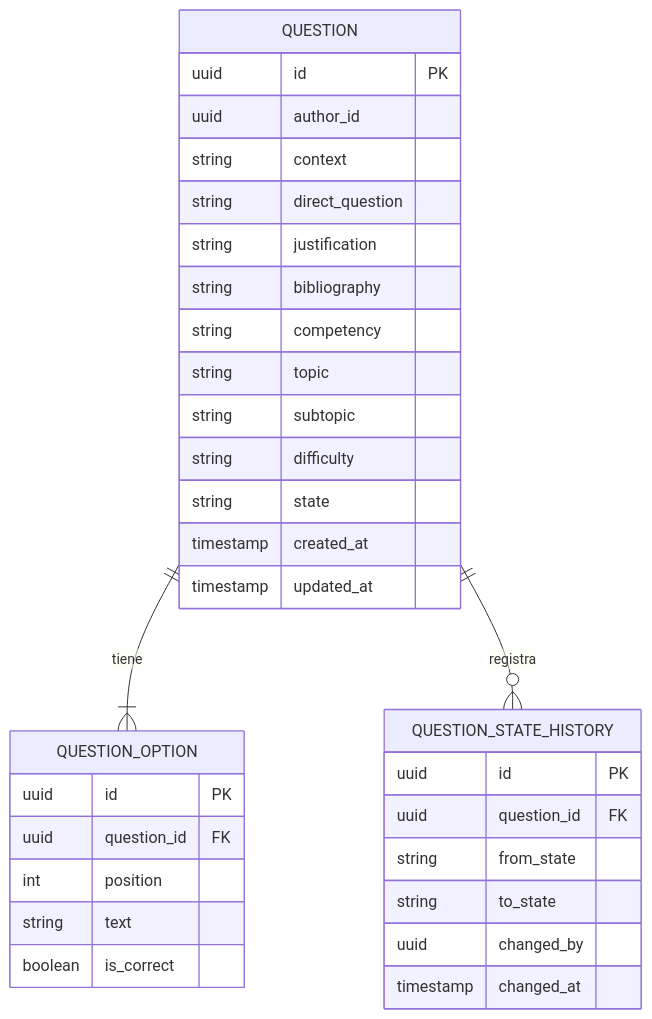
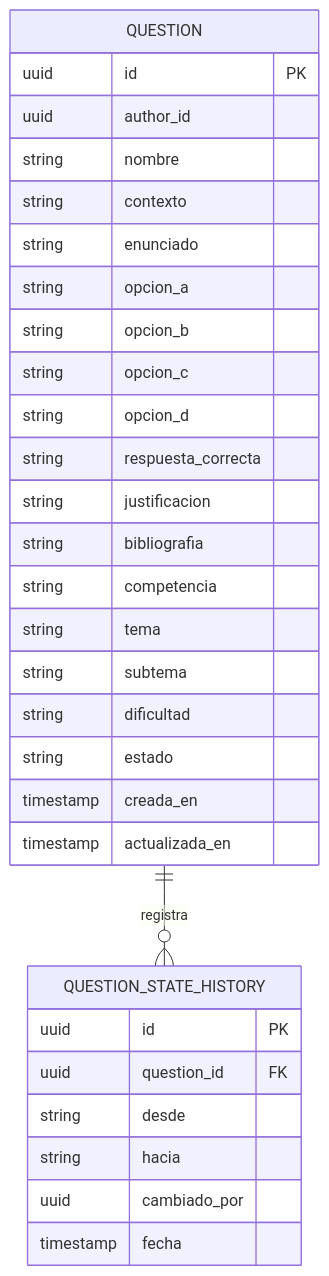
The ninth of 12 diagrams in docs/segundo-corte/03-arquitectura-c4-uml.md (DVLASZ/banco-preguntas-saberpro), drawn with Mermaid before and after one commit. The commit also changed other lines of this file and 52 other files, not shown here.

Commit message:
Agregar prototipos web de alta fidelidad, diagramas exportados, contratos de API y eventos, plan de pruebas y anexos del segundo corte

````diff
--- a/docs/segundo-corte/03-arquitectura-c4-uml.md
+++ b/docs/segundo-corte/03-arquitectura-c4-uml.md
@@ -252,35 +257,33 @@
 ```mermaid
 erDiagram
-  QUESTION ||--|{ QUESTION_OPTION : tiene
   QUESTION ||--o{ QUESTION_STATE_HISTORY : registra
   QUESTION {
     uuid id PK
     uuid author_id
-    string context
-    string direct_question
-    string justification
-    string bibliography
-    string competency
-    string topic
-    string subtopic
-    string difficulty
-    string state
-    timestamp created_at
-    timestamp updated_at
-  }
-  QUESTION_OPTION {
-    uuid id PK
-    uuid question_id FK
-    int position
-    string text
-    boolean is_correct
+    string nombre
+    string contexto
+    string enunciado
+    string opcion_a
+    string opcion_b
+    string opcion_c
+    string opcion_d
+    string respuesta_correcta
+    string justificacion
+    string bibliografia
+    string competencia
+    string tema
+    string subtema
+    string dificultad
+    string estado
+    timestamp creada_en
+    timestamp actualizada_en
   }
   QUESTION_STATE_HISTORY {
     uuid id PK
     uuid question_id FK
-    string from_state
-    string to_state
-    uuid changed_by
-    timestamp changed_at
+    string desde
+    string hacia
+    uuid cambiado_por
+    timestamp fecha
   }
 ```
````
